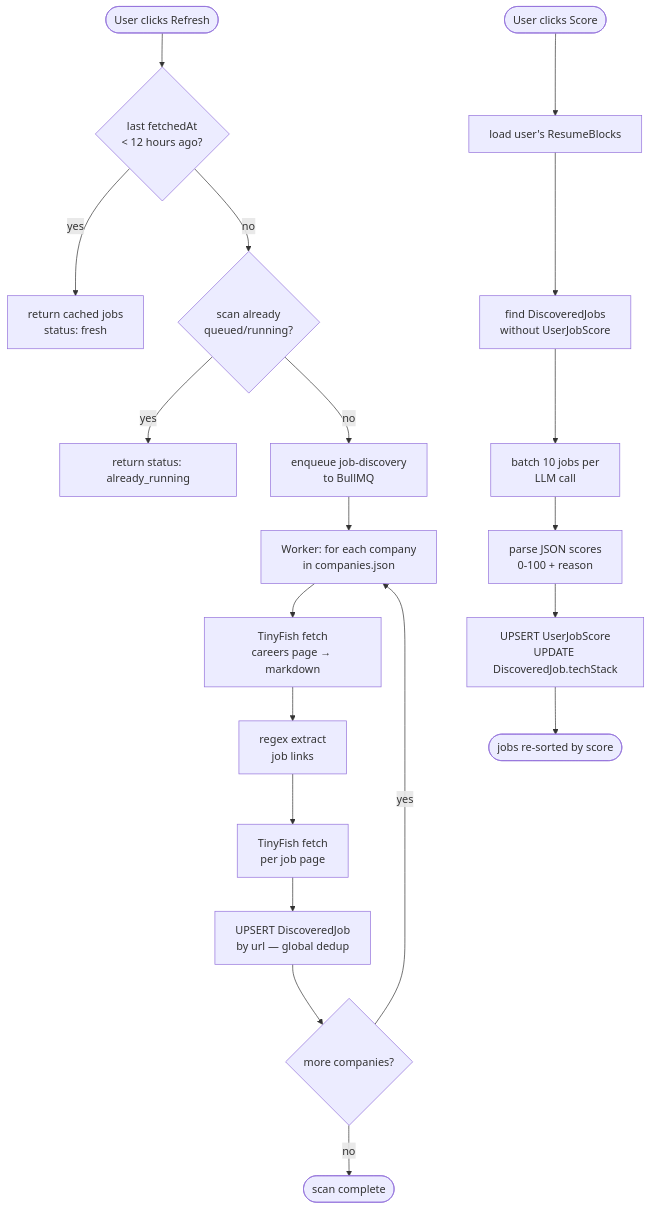
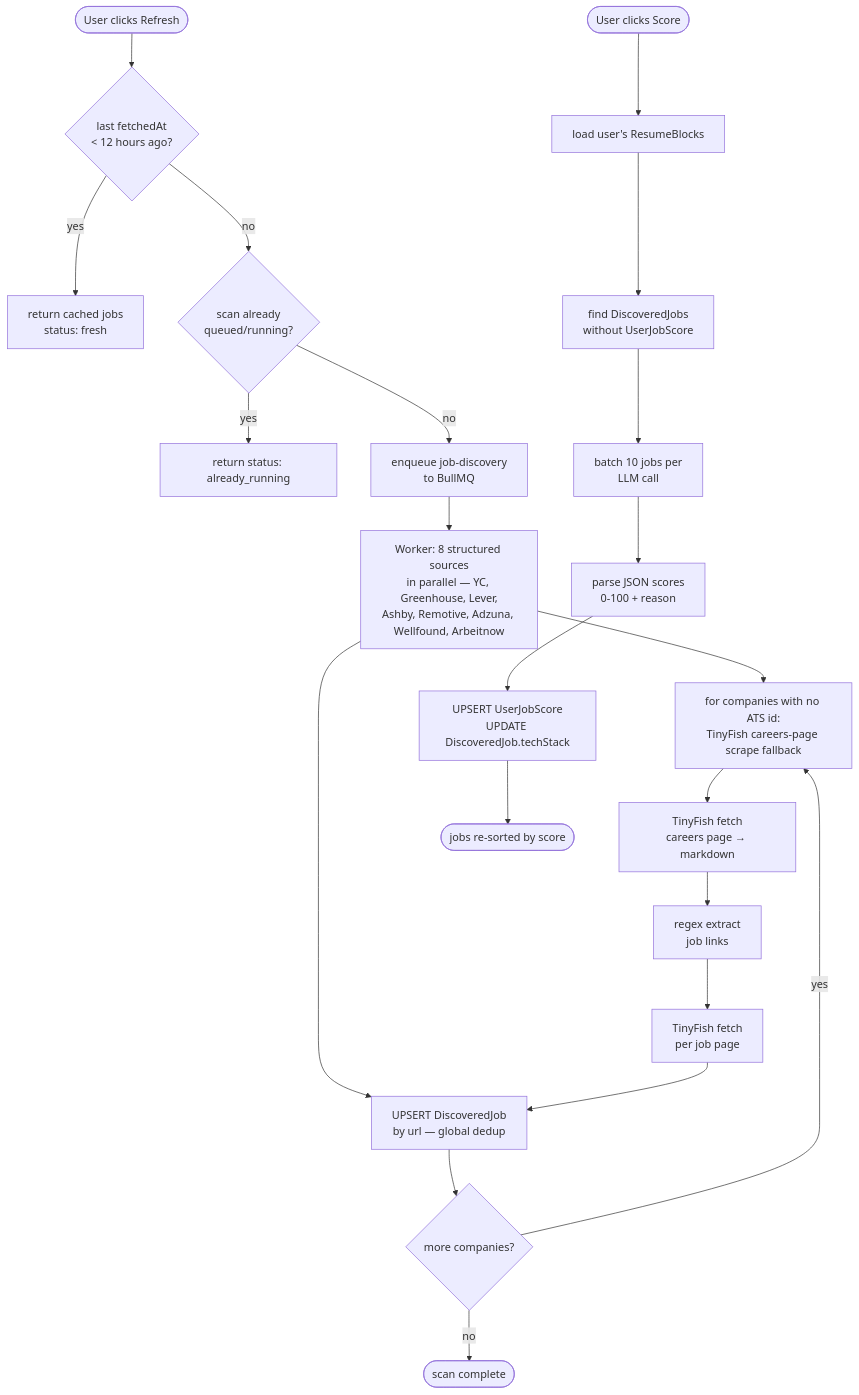
The fourth of 7 diagrams in docs/architecture.md (AdityaKrSingh26/Pursuit), drawn with Mermaid before and after one commit. The commit also changed other lines of this file, not shown here.

First line of the commit message:
docs: update architecture.md for job-scoring, resume-upload, real discovery sources

````diff
--- a/docs/architecture.md
+++ b/docs/architecture.md
@@ -123,23 +125,25 @@
 ```mermaid
 flowchart TD
     A([User clicks Refresh]) --> B{last fetchedAt\n< 12 hours ago?}
     B -- yes --> C[return cached jobs\nstatus: fresh]
     B -- no --> D{scan already\nqueued/running?}
     D -- yes --> E[return status: already_running]
     D -- no --> F[enqueue job-discovery\nto BullMQ]
-    F --> G[Worker: for each company\nin companies.json]
+    F --> G1[Worker: 8 structured sources\nin parallel — YC, Greenhouse, Lever,\nAshby, Remotive, Adzuna, Wellfound, Arbeitnow]
+    G1 --> G[for companies with no ATS id:\nTinyFish careers-page scrape fallback]
     G --> H[TinyFish fetch\ncareers page → markdown]
     H --> I[regex extract\njob links]
     I --> J[TinyFish fetch\nper job page]
-    J --> K[UPSERT DiscoveredJob\nby url — global dedup]
+    G1 --> K[UPSERT DiscoveredJob\nby url — global dedup]
+    J --> K
     K --> L{more companies?}
     L -- yes --> G
     L -- no --> M([scan complete])
 
     N([User clicks Score]) --> O[load user's ResumeBlocks]
     O --> P[find DiscoveredJobs\nwithout UserJobScore]
     P --> Q[batch 10 jobs per\nLLM call]
     Q --> R[parse JSON scores\n0-100 + reason]
     R --> S[UPSERT UserJobScore\nUPDATE DiscoveredJob.techStack]
     S --> T([jobs re-sorted by score])
 ```
````
